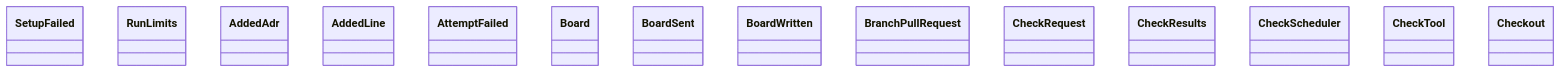
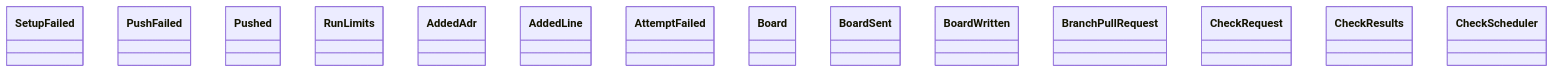
One commit to GonzaloZevallos/agentic-system changed the diagram in docs/architecture/generated/classes-process-application-support-1.md. Above: the diagram before and after it, drawn with Mermaid. The commit also changed other lines of this file and 23 other files, not shown here.

````diff
--- a/docs/architecture/generated/classes-process-application-support-1.md
+++ b/docs/architecture/generated/classes-process-application-support-1.md
@@ -16,17 +16,17 @@
 ```mermaid
 classDiagram
     class checkouts__SetupFailed["SetupFailed"]
+    class ci_push__PushFailed["PushFailed"]
+    class ci_push__Pushed["Pushed"]
     class limits__RunLimits["RunLimits"]
     class ports__AddedAdr["AddedAdr"]
     class ports__AddedLine["AddedLine"]
     class ports__AttemptFailed["AttemptFailed"]
     class ports__Board["Board"]
     class ports__BoardSent["BoardSent"]
     class ports__BoardWritten["BoardWritten"]
     class ports__BranchPullRequest["BranchPullRequest"]
     class ports__CheckRequest["CheckRequest"]
     class ports__CheckResults["CheckResults"]
     class ports__CheckScheduler["CheckScheduler"]
-    class ports__CheckTool["CheckTool"]
-    class ports__Checkout["Checkout"]
 ```
````
